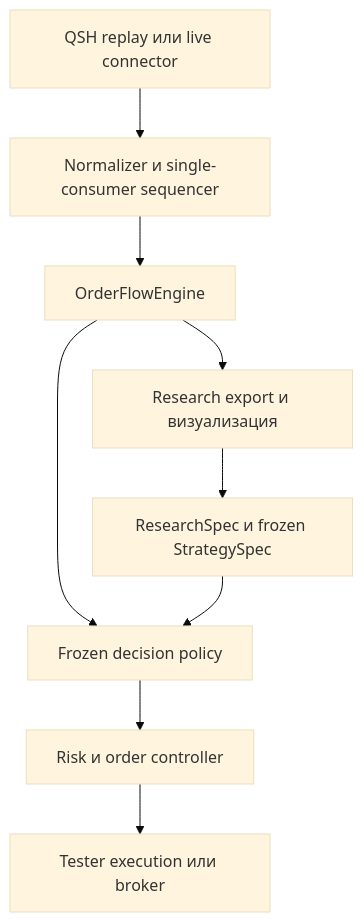
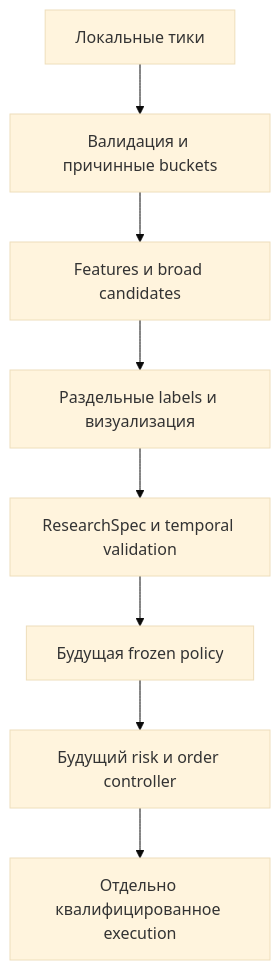
Before and after one commit to 2Rukin/OsEngine: the diagram in project/Documentation/OrderFlow/PRODUCTION_ROADMAP.md, drawn with Mermaid (base theme). The commit also changed other lines of this file and 71 other files, not shown here.

First line of the commit message:
feat(order-flow): add tick-based Cloud research and replay

````diff
--- a/project/Documentation/OrderFlow/PRODUCTION_ROADMAP.md
+++ b/project/Documentation/OrderFlow/PRODUCTION_ROADMAP.md
@@ -170,11 +48,10 @@
 ```mermaid
 flowchart TD
-    A["QSH replay или live connector"] --> B["Normalizer и single-consumer sequencer"]
-    B --> C["OrderFlowEngine"]
-    C --> D["Research export и визуализация"]
-    D --> E["ResearchSpec и frozen StrategySpec"]
-    C --> F["Frozen decision policy"]
-    E --> F
-    F --> G["Risk и order controller"]
-    G --> H["Tester execution или broker"]
+    A[Локальные тики] --> B[Валидация и причинные buckets]
+    B --> C[Features и broad candidates]
+    C --> D[Раздельные labels и визуализация]
+    D --> E[ResearchSpec и temporal validation]
+    E --> F[Будущая frozen policy]
+    F --> G[Будущий risk и order controller]
+    G --> H[Отдельно квалифицированное execution]
 ```
````
